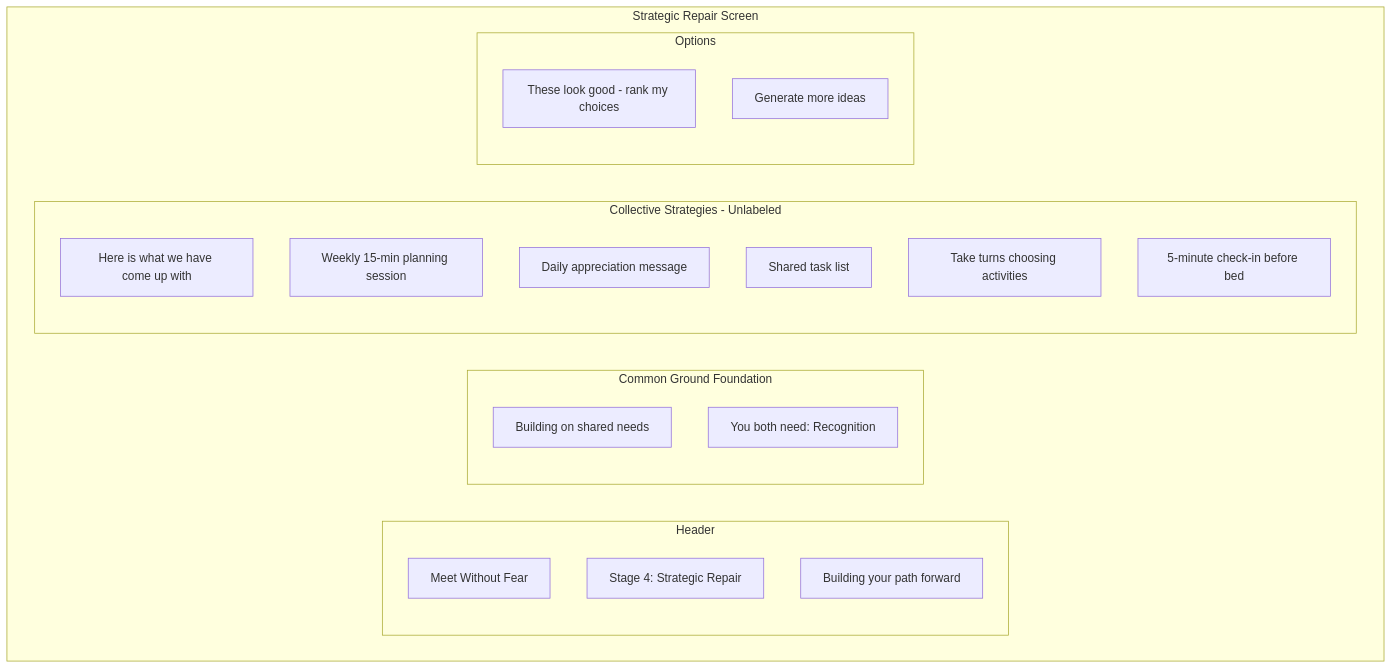
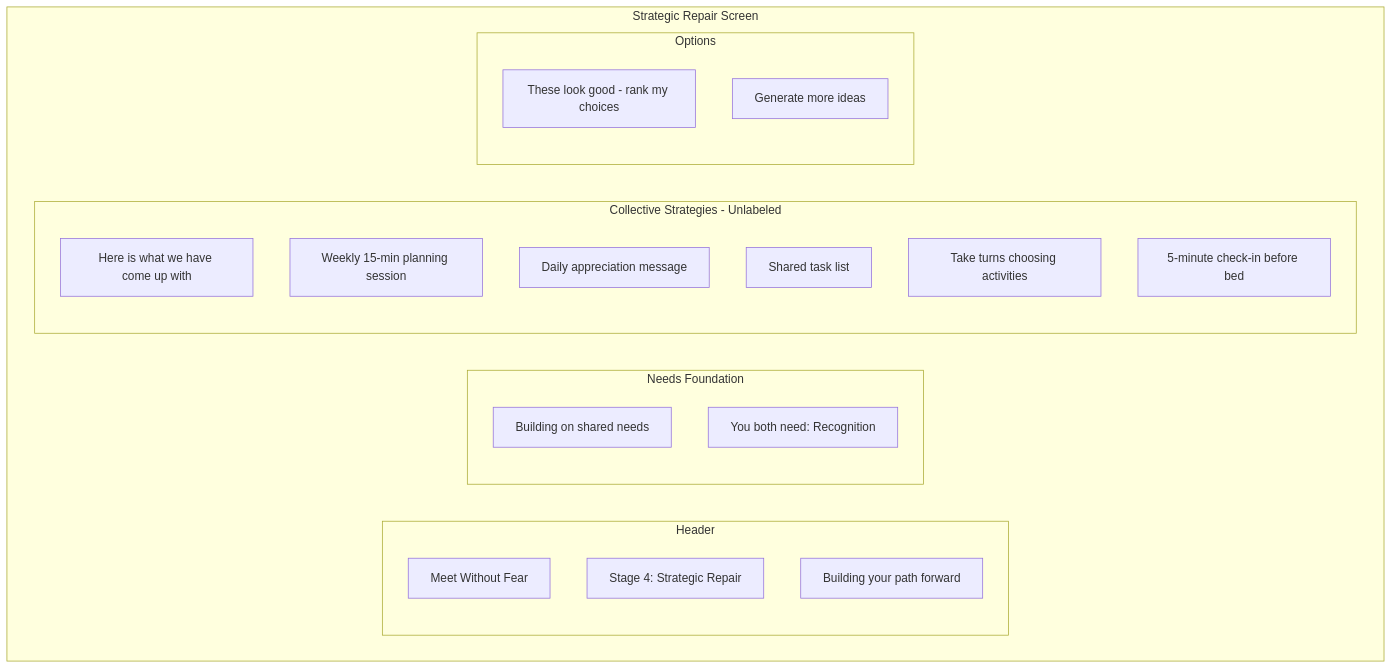
One commit to shantamg/meet-without-fear changed the fourth of 7 diagrams in docs/product/stages/stage-4-strategic-repair.md. Above: the diagram before and after it, drawn with Mermaid. The commit also changed other lines of this file and 4 other files, not shown here.

````diff
--- a/docs/product/stages/stage-4-strategic-repair.md
+++ b/docs/product/stages/stage-4-strategic-repair.md
@@ -139,29 +139,29 @@
 ```mermaid
 flowchart TB
     subgraph Screen[Strategic Repair Screen]
         subgraph Header[Header]
             Logo[Meet Without Fear]
             Stage[Stage 4: Strategic Repair]
             Status[Building your path forward]
         end
 
-        subgraph Foundation[Common Ground Foundation]
+        subgraph Foundation[Needs Foundation]
             Title1[Building on shared needs]
             SharedNeed[You both need: Recognition]
         end
 
         subgraph Strategies[Collective Strategies - Unlabeled]
             Title2[Here is what we have come up with]
             Strat1[Weekly 15-min planning session]
             Strat2[Daily appreciation message]
             Strat3[Shared task list]
             Strat4[Take turns choosing activities]
             Strat5[5-minute check-in before bed]
         end
 
         subgraph Actions[Options]
             Happy[These look good - rank my choices]
             More[Generate more ideas]
         end
     end
 ```
````
